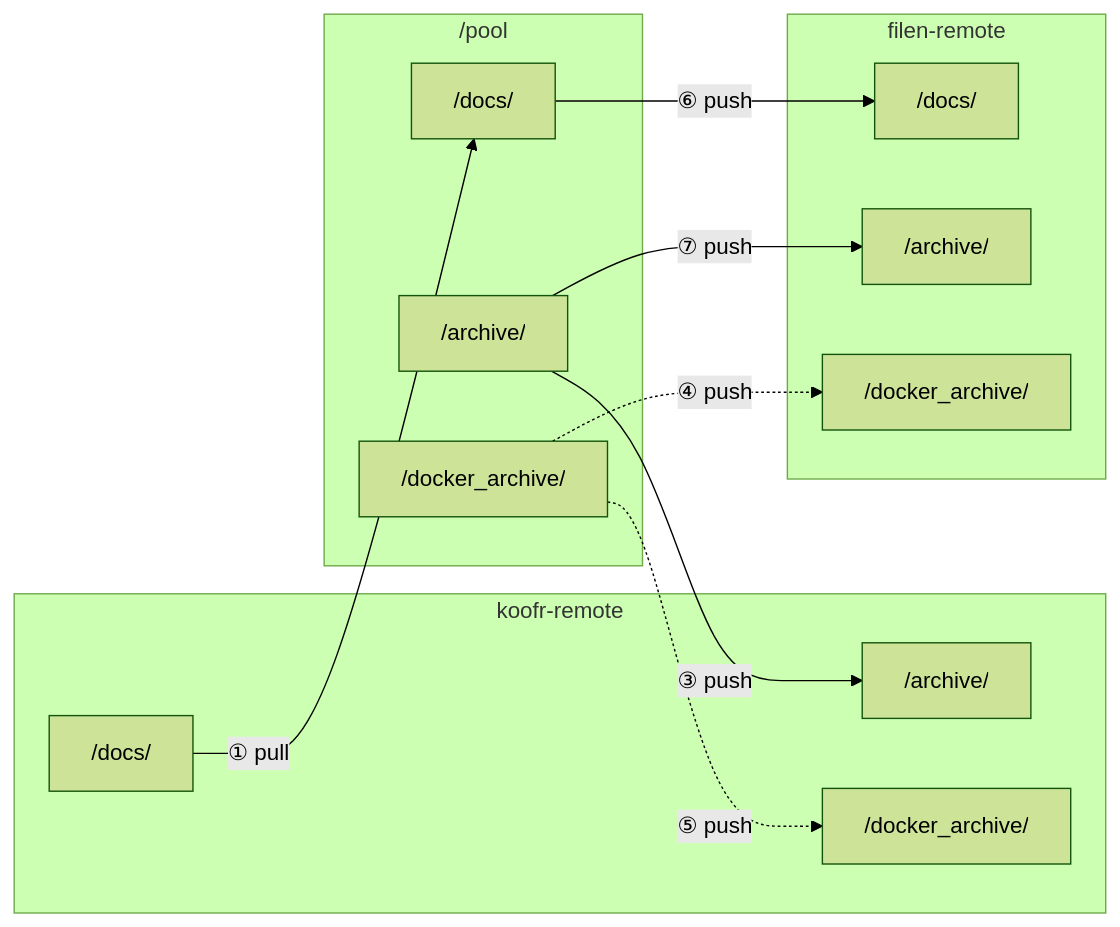
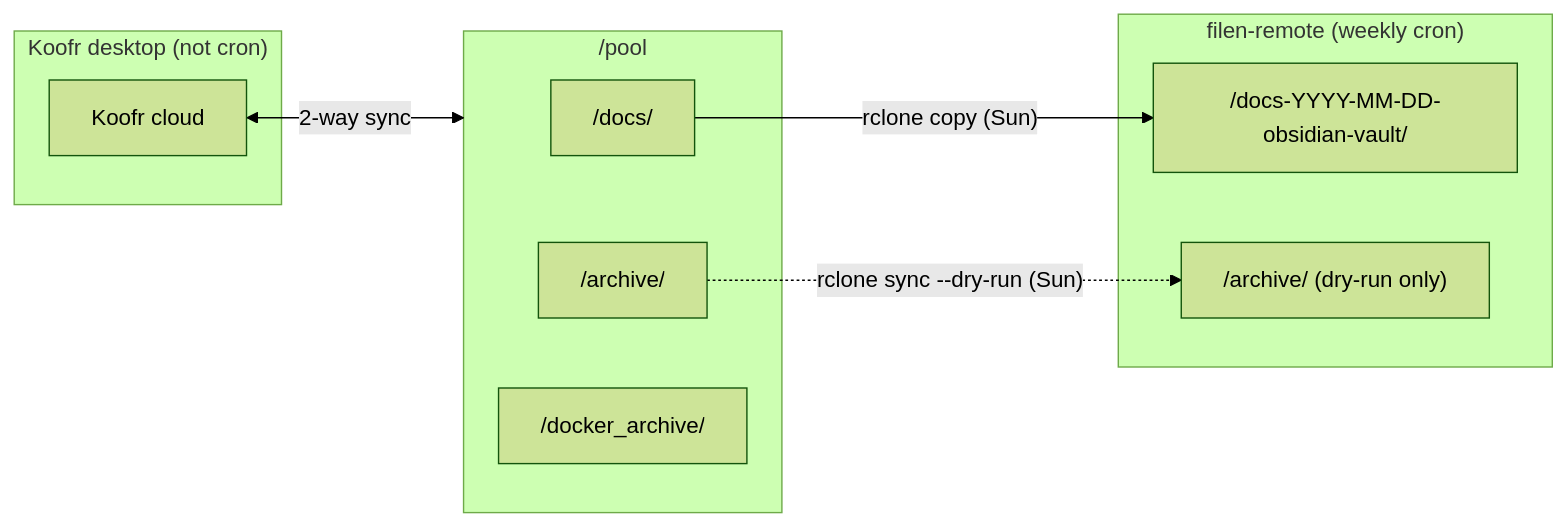
One commit to mbeisser1/homelab changed the first of 4 diagrams in docs/backup.md. Above: the diagram before and after it, drawn with Mermaid (forest theme). The commit also changed other lines of this file and 7 other files, not shown here.

First line of the commit message:
Refactor backup cron: daily SnapRAID and weekly Filen jobs.

````diff
--- a/docs/backup.md
+++ b/docs/backup.md
@@ -91,28 +64,21 @@
 ```mermaid
 flowchart LR
-    subgraph koofr["koofr-remote"]
-        KD["/docs/"]
-        KA["/archive/"]
-        KDA["/docker_archive/"]
+    subgraph koofr["Koofr desktop (not cron)"]
+        KC["Koofr cloud"]
     end
 
     subgraph pool["/pool"]
         PD["/docs/"]
         PA["/archive/"]
         PDA["/docker_archive/"]
     end
 
-    subgraph filen["filen-remote"]
-        FD["/docs/"]
-        FA["/archive/"]
-        FDA["/docker_archive/"]
+    subgraph filen["filen-remote (weekly cron)"]
+        FD["/docs-YYYY-MM-DD-obsidian-vault/"]
+        FA["/archive/ (dry-run only)"]
     end
 
-    KD -->|"① pull"| PD
-    PA -->|"③ push"| KA
-    PDA -.->|"⑤ push"| KDA
-
-    PD -->|"⑥ push"| FD
-    PA -->|"⑦ push"| FA
-    PDA -.->|"④ push"| FDA
+    KC <-->|"2-way sync"| pool
+    PD -->|"rclone copy (Sun)"| FD
+    PA -.->|"rclone sync --dry-run (Sun)"| FA
 ```
````
